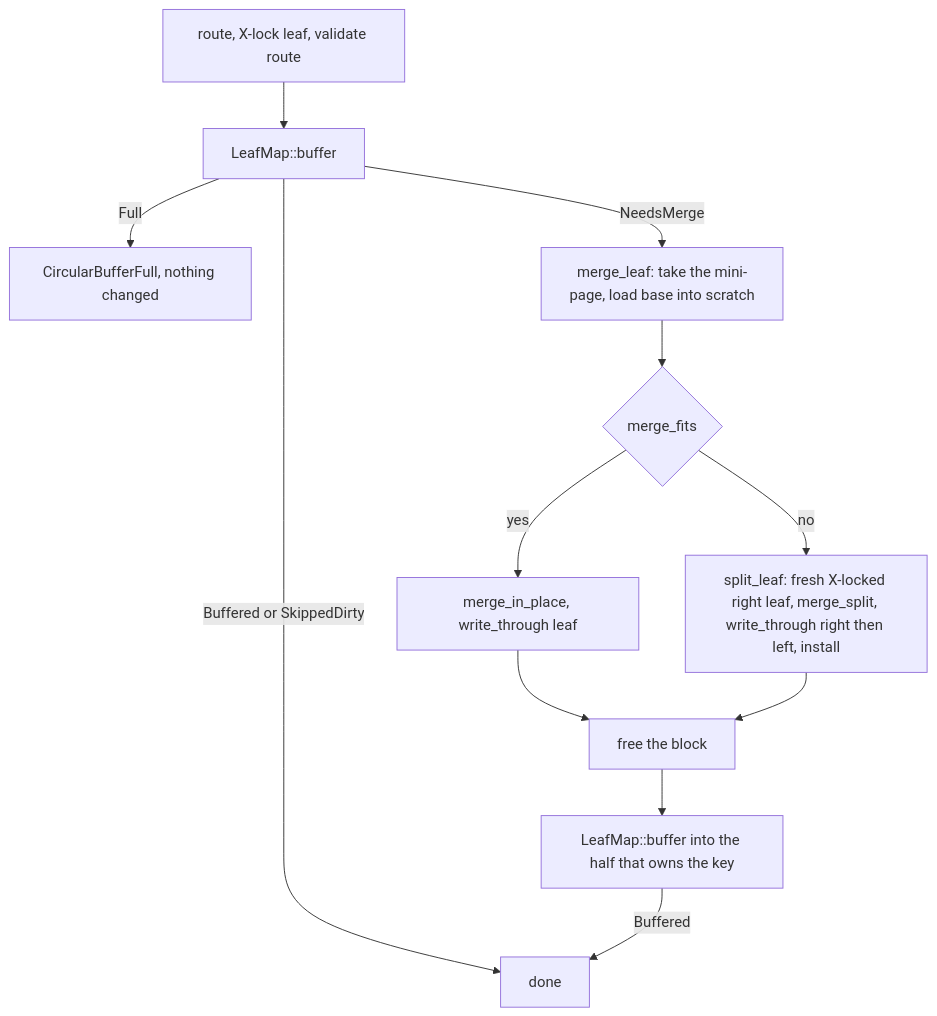
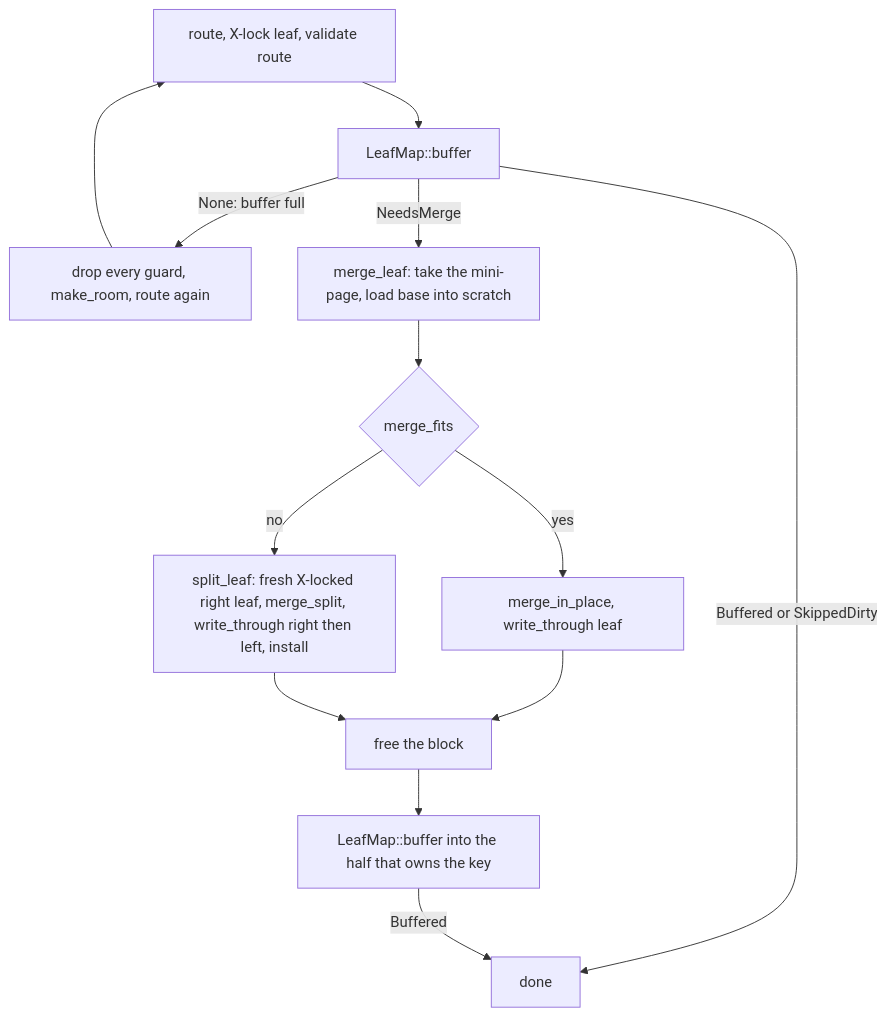
The second of 2 diagrams in docs/design/bf-tree-mini-page.md (raydatray/peppydb), drawn with Mermaid before and after one commit. The commit also changed other lines of this file and 8 other files, not shown here.

````diff
--- a/docs/design/bf-tree-mini-page.md
+++ b/docs/design/bf-tree-mini-page.md
@@ -178,14 +191,15 @@
 ```mermaid
 flowchart TD
     A["route, X-lock leaf, validate route"] --> B["LeafMap::buffer"]
     B -->|"Buffered or SkippedDirty"| Z[done]
-    B -->|Full| P["CircularBufferFull, nothing changed"]
+    B -->|"None: buffer full"| P["drop every guard, make_room, route again"]
+    P --> A
     B -->|NeedsMerge| C["merge_leaf: take the mini-page, load base into scratch"]
     C --> D{merge_fits}
     D -->|yes| E["merge_in_place, write_through leaf"]
     D -->|no| F["split_leaf: fresh X-locked right leaf, merge_split, write_through right then left, install"]
     E --> G["free the block"]
     F --> G
     G --> H["LeafMap::buffer into the half that owns the key"]
     H -->|Buffered| Z
 ```
````
